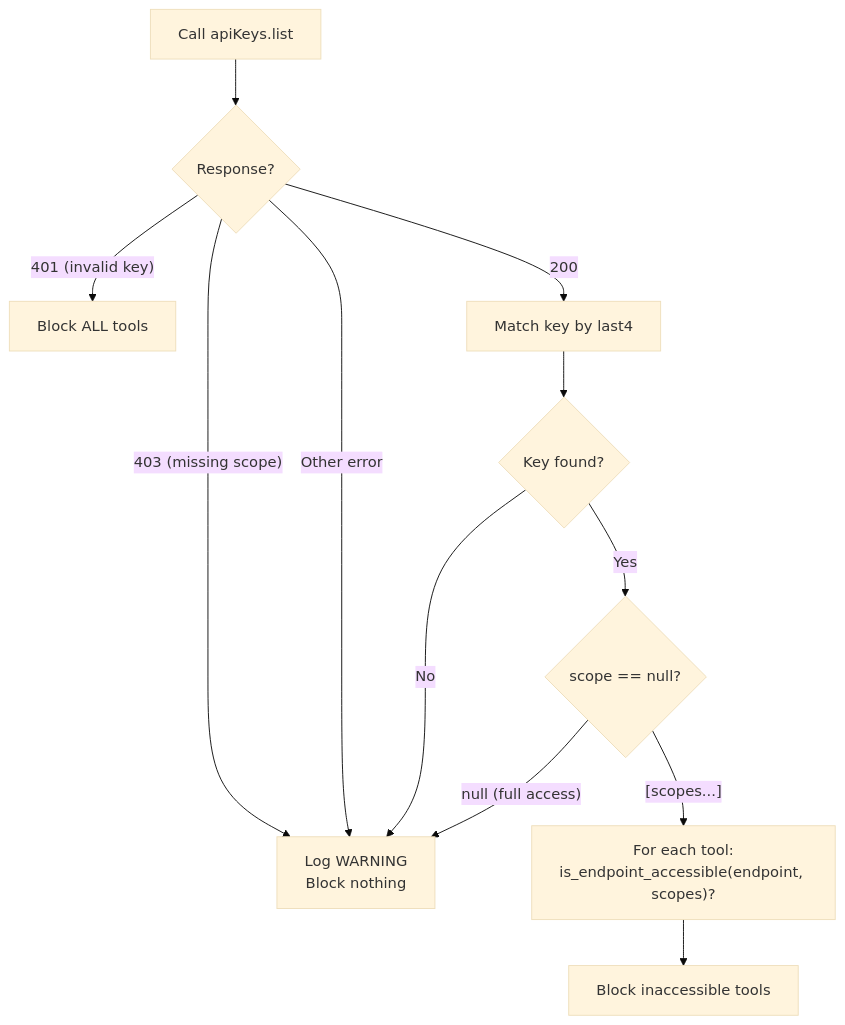
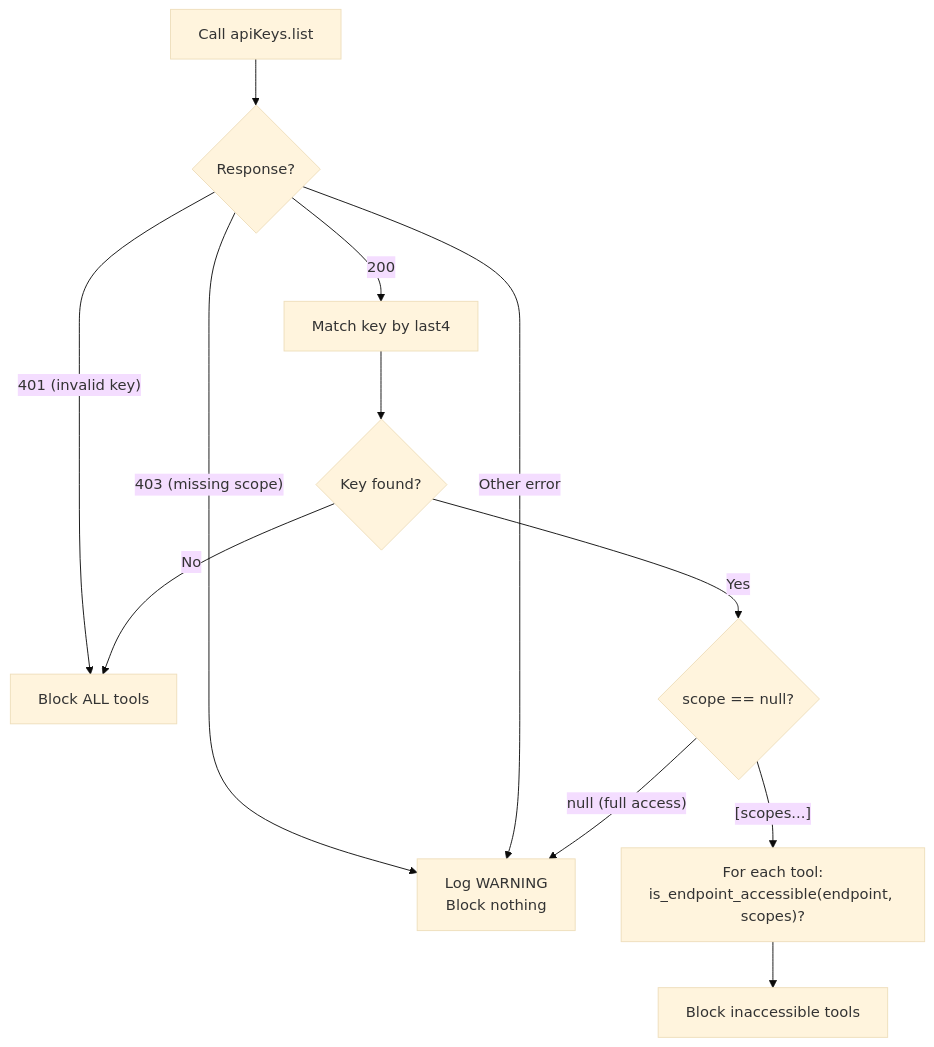
The third of 3 diagrams in docs/dynamic-tool-list.md (Vortiago/mcp-outline), drawn with Mermaid (base theme) before and after one commit. The commit also changed other lines of this file and 1 other file, not shown here.

````diff
--- a/docs/dynamic-tool-list.md
+++ b/docs/dynamic-tool-list.md
@@ -87,14 +87,14 @@
 ```mermaid
 flowchart TD
     A["Call apiKeys.list"] --> B{Response?}
     B -->|"401 (invalid key)"| C["Block ALL tools"]
     B -->|"403 (missing scope)"| D["Log WARNING\nBlock nothing"]
     B -->|Other error| D
     B -->|200| E["Match key by last4"]
     E --> F{Key found?}
-    F -->|No| D
+    F -->|No| C
     F -->|Yes| G{scope == null?}
     G -->|"null (full access)"| D
     G -->|"[scopes...]"| H["For each tool:\nis_endpoint_accessible(endpoint, scopes)?"]
     H --> I["Block inaccessible tools"]
 ```
````
